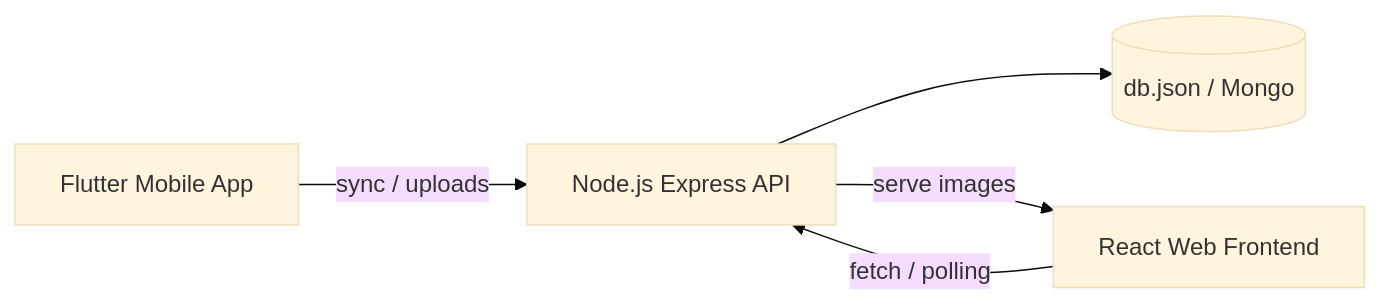
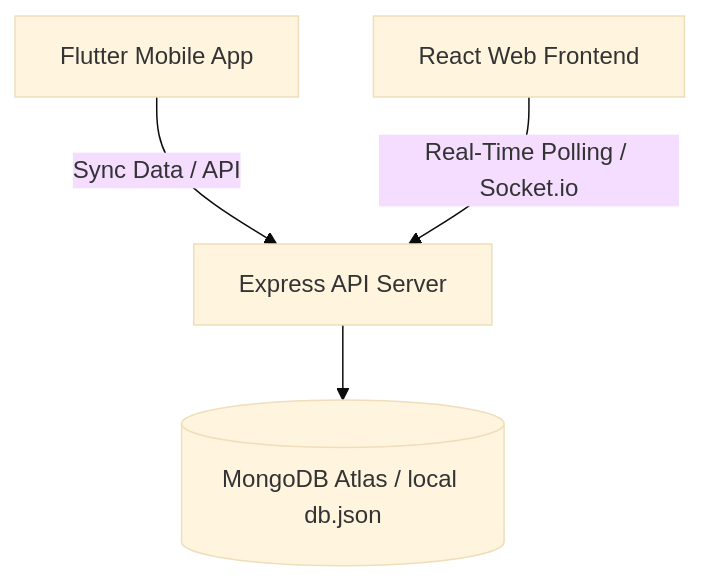
The diagram in README.md (kalp-cg/mitraM), drawn with Mermaid (base theme) before and after one commit. The commit also changed other lines of this file and 3 other files, not shown here.

````diff
--- a/README.md
+++ b/README.md
@@ -98,12 +31,11 @@
 ```mermaid
-flowchart LR
+flowchart TD
   Mobile[Flutter Mobile App]
-  Frontend[React Web Frontend]
-  Backend[Node.js Express API]
-  DB[(db.json / Mongo)]
+  Web[React Web Frontend]
+  Backend[Express API Server]
+  DB[(MongoDB Atlas / local db.json)]
 
-  Mobile -->|sync / uploads| Backend
-  Frontend -->|fetch / polling| Backend
+  Mobile -->|Sync Data / API| Backend
+  Web -->|Real-Time Polling / Socket.io| Backend
   Backend --> DB
-  Backend -->|serve images| Frontend
 ```
````
